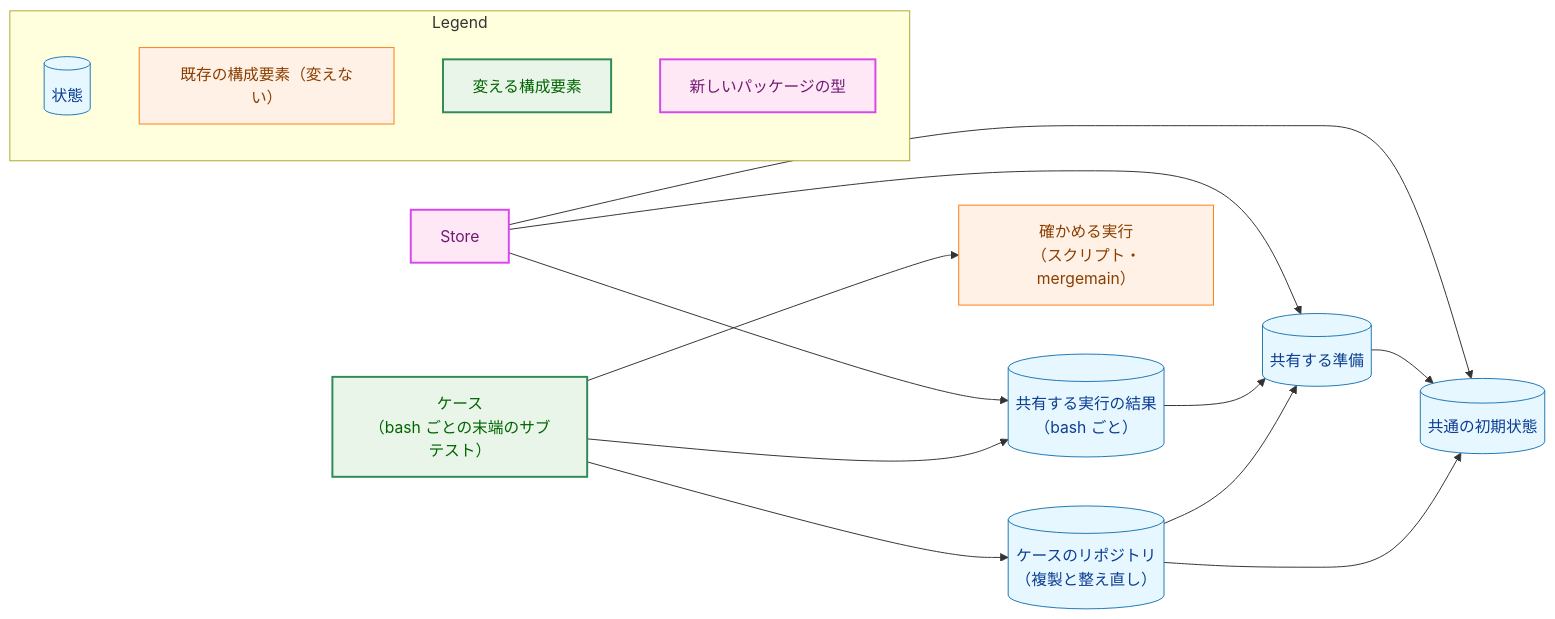
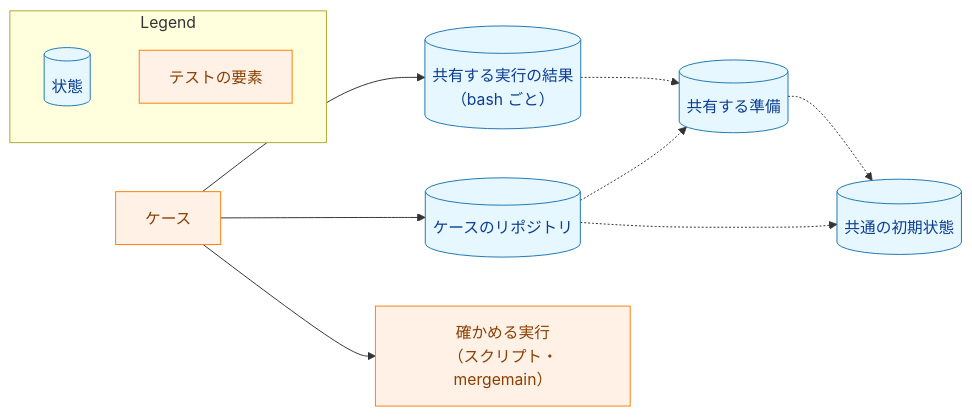
One commit to isseis/yt2column changed the first of 4 diagrams in docs/tasks/0127_git_fixture_test_speedup/02_architecture.md. Above: the diagram before and after it, drawn with Mermaid. The commit also changed other lines of this file, not shown here.

First line of the commit message:
docs(0127): address the architecture review and Japanese prose findings

````diff
--- a/docs/tasks/0127_git_fixture_test_speedup/02_architecture.md
+++ b/docs/tasks/0127_git_fixture_test_speedup/02_architecture.md
@@ -59,42 +64,30 @@
 ```mermaid
 flowchart LR
     classDef data fill:#e6f7ff,stroke:#1f77b4,stroke-width:1px,color:#0b3d91;
     classDef process fill:#fff1e6,stroke:#ff7f0e,stroke-width:1px,color:#8a3e00;
-    classDef enhanced fill:#e8f5e8,stroke:#2e8b57,stroke-width:2px,color:#006400;
-    classDef newpkg fill:#ffe8f5,stroke:#d946ef,stroke-width:2px,color:#701a75;
 
-    STORE["Store"]
     INIT[("共通の初期状態")]
     PREP[("共有する準備")]
     RUN[("共有する実行の結果<br>（bash ごと）")]
-    CASE["ケース<br>（bash ごとの末端のサブテスト）"]
-    COPY[("ケースのリポジトリ<br>（複製と整え直し）")]
+    COPY[("ケースのリポジトリ")]
+    CASE["ケース"]
     SCRIPT["確かめる実行<br>（スクリプト・mergemain）"]
 
-    STORE --> INIT
-    STORE --> PREP
-    STORE --> RUN
-    PREP --> INIT
-    RUN --> PREP
+    PREP -.-> INIT
+    RUN -.-> PREP
+    COPY -.-> PREP
+    COPY -.-> INIT
     CASE --> COPY
-    COPY --> PREP
-    COPY --> INIT
     CASE --> RUN
     CASE --> SCRIPT
 
     class INIT,PREP,RUN,COPY data
-    class SCRIPT process
-    class CASE enhanced
-    class STORE newpkg
+    class CASE,SCRIPT process
 
     subgraph Legend["Legend"]
         L1[("状態")]
-        L2["既存の構成要素（変えない）"]
-        L3["変える構成要素"]
-        L4["新しいパッケージの型"]
+        L2["テストの要素"]
     end
     class L1 data
     class L2 process
-    class L3 enhanced
-    class L4 newpkg
 ```
````
